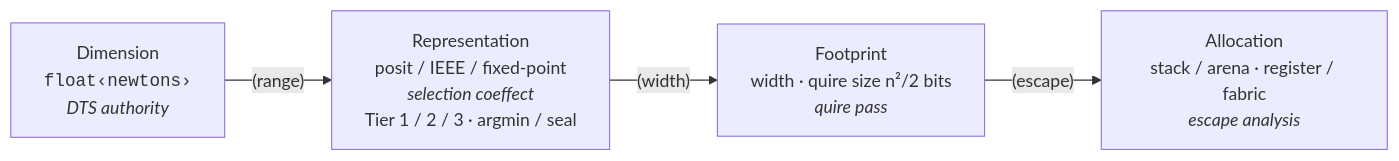
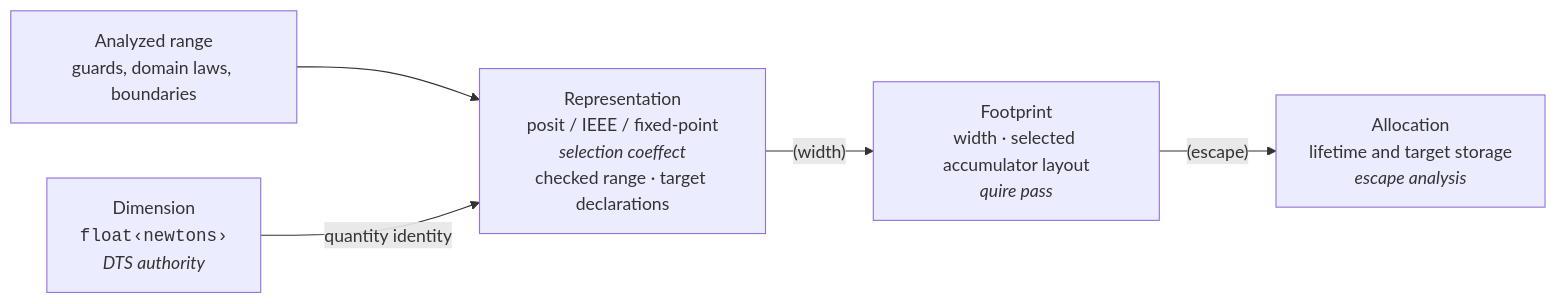
Before and after one commit to FidelityFramework/clef-lang-site: the fourth of 4 diagrams in hugo/content/blog/deferred-inference.md, drawn with Mermaid. The commit also changed other lines of this file and 36 other files, not shown here.

````diff
--- a/hugo/content/blog/deferred-inference.md
+++ b/hugo/content/blog/deferred-inference.md
@@ -333,11 +300,12 @@
 ```mermaid
 flowchart LR
     Dim["Dimension<br><code>float‹newtons›</code><br><i>DTS authority</i>"]
-    Rep["Representation<br>posit / IEEE / fixed-point<br><i>selection coeffect</i><br>Tier 1 / 2 / 3 · argmin / seal"]
-    Foot["Footprint<br>width · quire size n²/2 bits<br><i>quire pass</i>"]
-    Alloc["Allocation<br>stack / arena · register / fabric<br><i>escape analysis</i>"]
+    Rep["Representation<br>posit / IEEE / fixed-point<br><i>selection coeffect</i><br>checked range · target declarations"]
+    Foot["Footprint<br>width · selected accumulator layout<br><i>quire pass</i>"]
+    Alloc["Allocation<br>lifetime and target storage<br><i>escape analysis</i>"]
 
-    Dim -->|"(range)"| Rep
+    Range["Analyzed range<br>guards, domain laws, boundaries"] --> Rep
+    Dim -->|"quantity identity"| Rep
     Rep -->|"(width)"| Foot
     Foot -->|"(escape)"| Alloc
 ```
````
